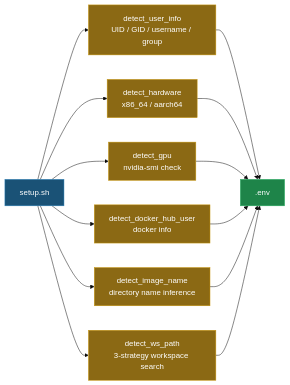
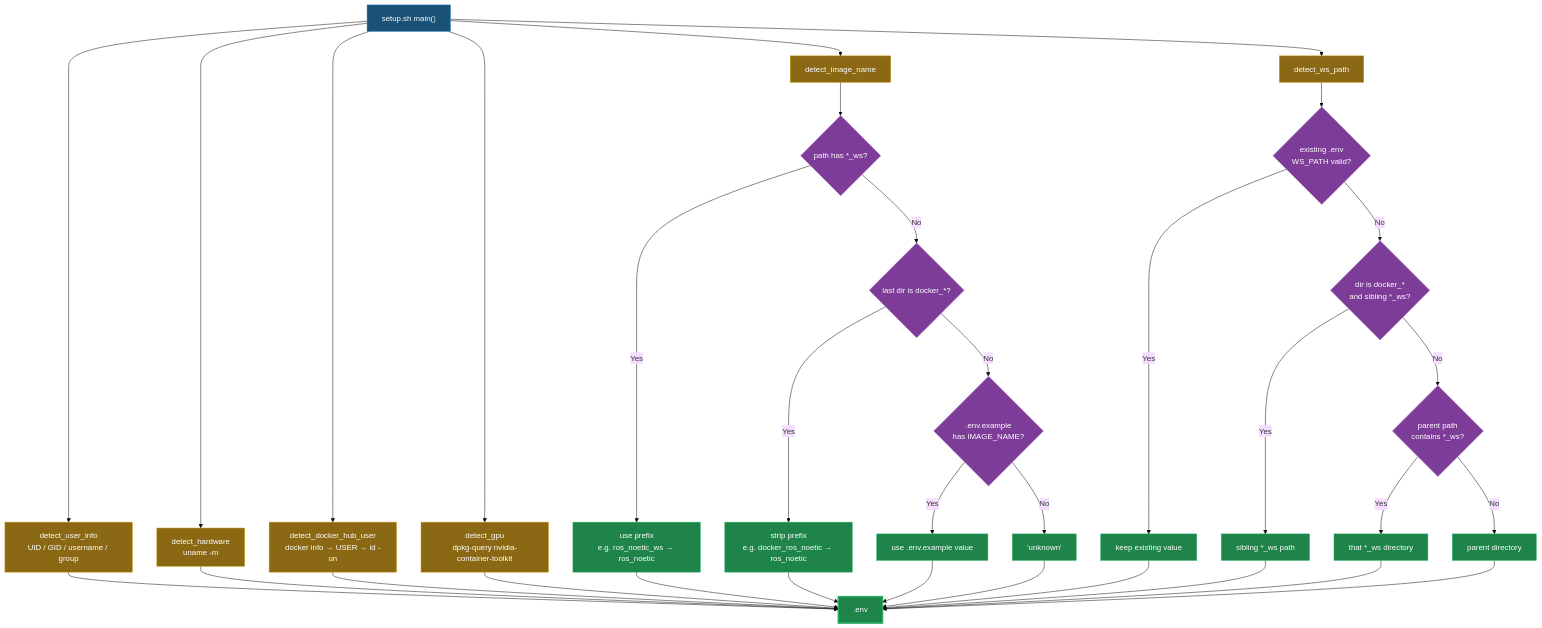
The first of 2 diagrams in README.md (ycpss91255-docker/ros_noetic), drawn with Mermaid (base theme) before and after one commit. The commit also changed 1 other file, not shown here.

Commit message:
Squashed 'docker_setup_helper/' changes from 05c341f..6924234
6924234 docs: expand mermaid diagram with decision branches

git-subtree-dir: docker_setup_helper
git-subtree-split: 6924234a148c9d25a246fb351d874556c798ecb2

````diff
--- a/README.md
+++ b/README.md
@@ -145,22 +145,46 @@
 ```mermaid
-graph LR
-    A["setup.sh"]:::entry
+graph TD
+    A["setup.sh main()"]:::entry
 
     A --> B["detect_user_info\nUID / GID / username / group"]:::detect
-    A --> C["detect_hardware\nx86_64 / aarch64"]:::detect
-    A --> D["detect_gpu\nnvidia-smi check"]:::detect
-    A --> E["detect_docker_hub_user\ndocker info"]:::detect
-    A --> F["detect_image_name\ndirectory name inference"]:::detect
-    A --> G["detect_ws_path\n3-strategy workspace search"]:::detect
+    A --> C["detect_hardware\nuname -m"]:::detect
+    A --> D["detect_docker_hub_user\ndocker info → USER → id -un"]:::detect
+    A --> E["detect_gpu\ndpkg-query nvidia-container-toolkit"]:::detect
+    A --> F["detect_image_name"]:::detect
+    A --> G["detect_ws_path"]:::detect
+
+    F --> F1{"path has *_ws?"}:::decision
+    F1 -- "Yes" --> F1R["use prefix\ne.g. ros_noetic_ws → ros_noetic"]:::result
+    F1 -- "No" --> F2{"last dir is docker_*?"}:::decision
+    F2 -- "Yes" --> F2R["strip prefix\ne.g. docker_ros_noetic → ros_noetic"]:::result
+    F2 -- "No" --> F3{".env.example\nhas IMAGE_NAME?"}:::decision
+    F3 -- "Yes" --> F3R["use .env.example value"]:::result
+    F3 -- "No" --> F4R["'unknown'"]:::result
+
+    G --> G0{"existing .env\nWS_PATH valid?"}:::decision
+    G0 -- "Yes" --> G0R["keep existing value"]:::result
+    G0 -- "No" --> G1{"dir is docker_*\nand sibling *_ws?"}:::decision
+    G1 -- "Yes" --> G1R["sibling *_ws path"]:::result
+    G1 -- "No" --> G2{"parent path\ncontains *_ws?"}:::decision
+    G2 -- "Yes" --> G2R["that *_ws directory"]:::result
+    G2 -- "No" --> G3R["parent directory"]:::result
 
     B --> H[".env"]:::output
     C --> H
     D --> H
     E --> H
-    F --> H
-    G --> H
+    F1R --> H
+    F2R --> H
+    F3R --> H
+    F4R --> H
+    G0R --> H
+    G1R --> H
+    G2R --> H
+    G3R --> H
 
     classDef entry fill:#1a5276,color:#fff,stroke:#2980b9
     classDef detect fill:#8B6914,color:#fff,stroke:#c8960c
-    classDef output fill:#1e8449,color:#fff,stroke:#27ae60
+    classDef decision fill:#7d3c98,color:#fff,stroke:#a569bd
+    classDef result fill:#1e8449,color:#fff,stroke:#27ae60
+    classDef output fill:#1e8449,color:#fff,stroke:#27ae60,stroke-width:3px
 ```
````
